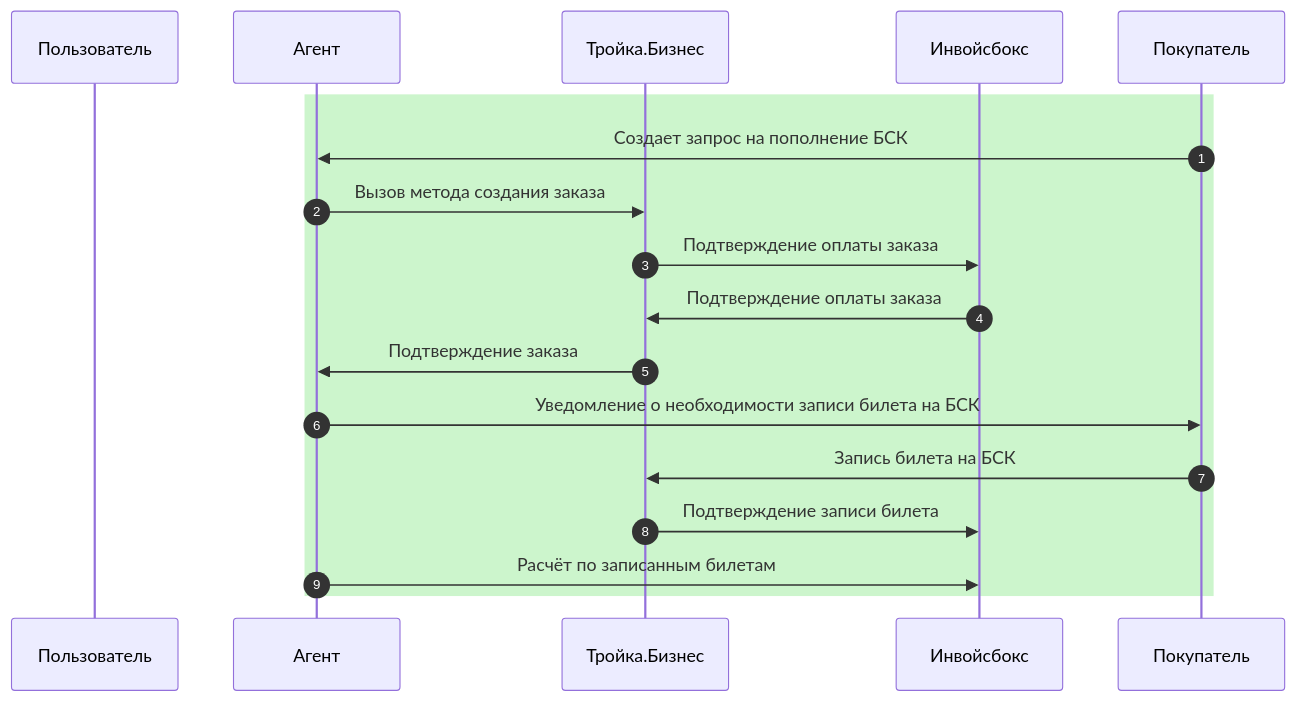
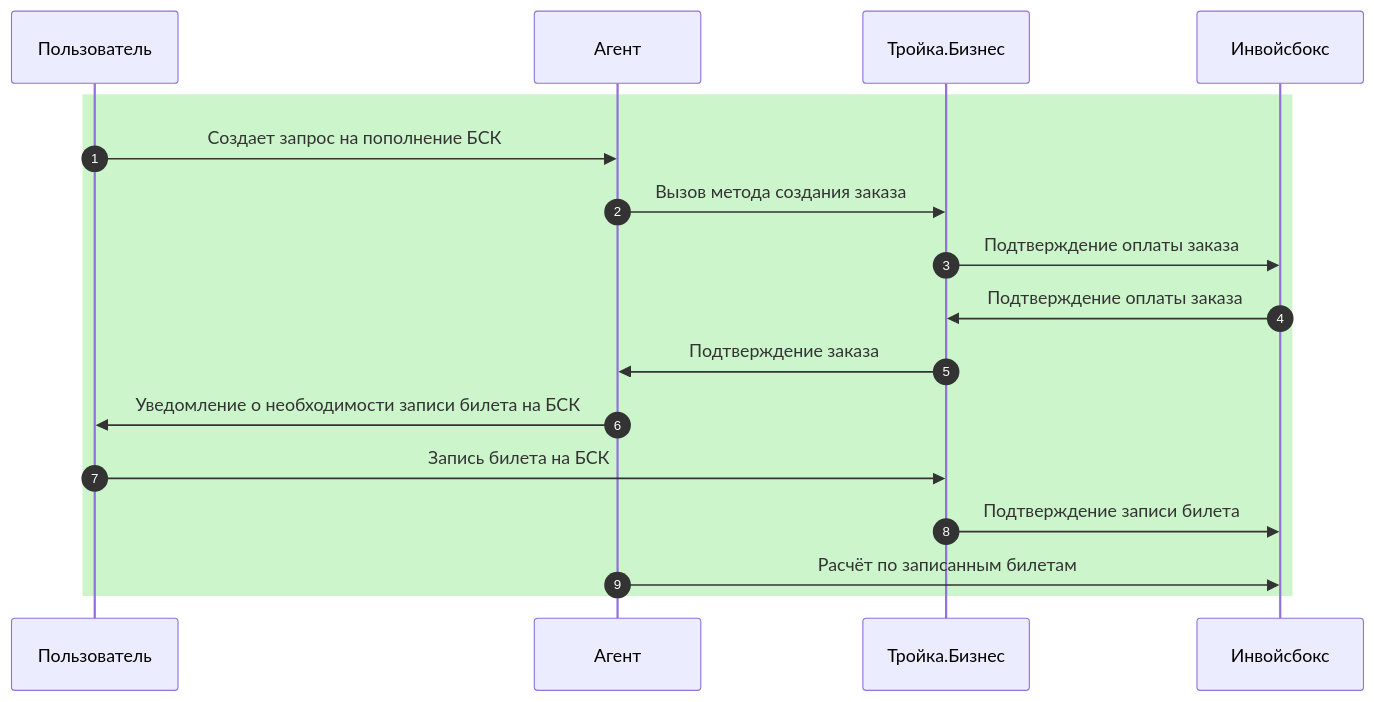
One commit to InvoiceBox/docs.troika.business changed the diagram in docs/schema.md. Above: the diagram before and after it, drawn with Mermaid. The commit also changed other lines of this file, not shown here.

Commit message:
Scheme improvement

```diff
--- a/docs/schema.md
+++ b/docs/schema.md
@@ -9,19 +9,19 @@
 <div class="mermaid">
 sequenceDiagram
     autonumber
     participant Пользователь
     participant Агент
     participant Тройка.Бизнес
     participant Инвойсбокс
     rect rgb(204, 245, 204)
-      Покупатель->>Агент: Создает запрос на пополнение БСК
+      Пользователь->>Агент: Создает запрос на пополнение БСК
       Агент->>Тройка.Бизнес: Вызов метода создания заказа
       Тройка.Бизнес->>Инвойсбокс: Подтверждение оплаты заказа
       Инвойсбокс->>Тройка.Бизнес: Подтверждение оплаты заказа
       Тройка.Бизнес->>Агент: Подтверждение заказа
-      Агент->>Покупатель: Уведомление о необходимости записи билета на БСК
-      Покупатель->>Тройка.Бизнес: Запись билета на БСК
+      Агент->>Пользователь: Уведомление о необходимости записи билета на БСК
+      Пользователь->>Тройка.Бизнес: Запись билета на БСК
       Тройка.Бизнес->>Инвойсбокс: Подтверждение записи билета
       Агент->>Инвойсбокс: Расчёт по записанным билетам
     end
 </div>
```
